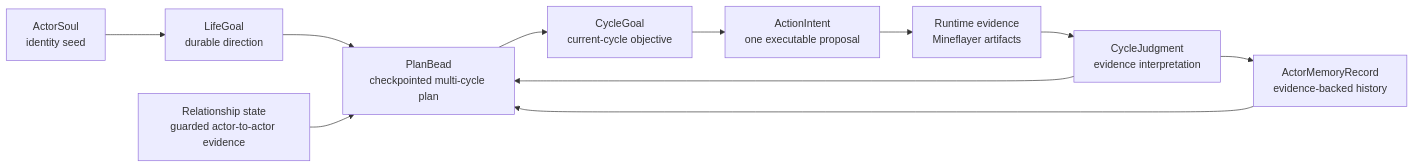
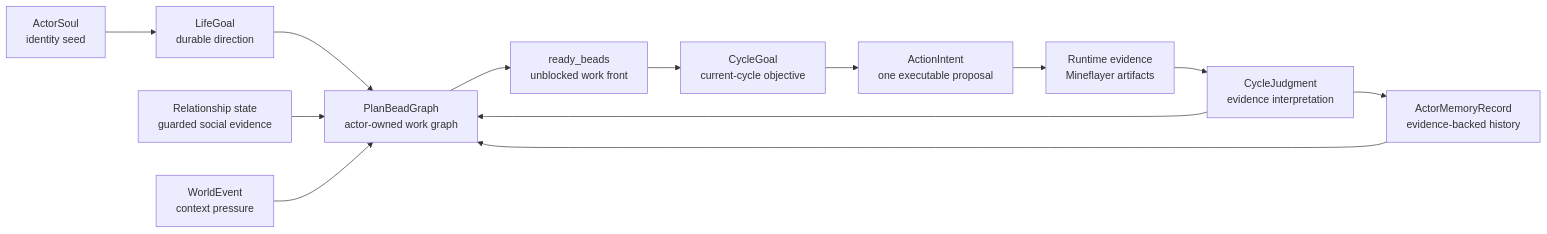
Before and after one commit to gigio1023/minecraft-llm-agent-community: the diagram in docs/blog-doc/Architecture/Actor-Persistent-State-And-PlanBeads.md, drawn with Mermaid. The commit also changed other lines of this file and 8 other files, not shown here.

Commit message:
Align PlanBeads with issue graph model

````diff
--- a/docs/blog-doc/Architecture/Actor-Persistent-State-And-PlanBeads.md
+++ b/docs/blog-doc/Architecture/Actor-Persistent-State-And-PlanBeads.md
@@ -65,13 +127,15 @@
 ```mermaid
 flowchart LR
   Soul["ActorSoul<br/>identity seed"] --> Life["LifeGoal<br/>durable direction"]
-  Life --> Bead["PlanBead<br/>checkpointed multi-cycle plan"]
-  Memory["ActorMemoryRecord<br/>evidence-backed history"] --> Bead
-  Relationship["Relationship state<br/>guarded actor-to-actor evidence"] --> Bead
-  Bead --> Cycle["CycleGoal<br/>current-cycle objective"]
+  Life --> Graph["PlanBeadGraph<br/>actor-owned work graph"]
+  Memory["ActorMemoryRecord<br/>evidence-backed history"] --> Graph
+  Relationship["Relationship state<br/>guarded social evidence"] --> Graph
+  WorldEvent["WorldEvent<br/>context pressure"] --> Graph
+  Graph --> Ready["ready_beads<br/>unblocked work front"]
+  Ready --> Cycle["CycleGoal<br/>current-cycle objective"]
   Cycle --> Intent["ActionIntent<br/>one executable proposal"]
   Intent --> Evidence["Runtime evidence<br/>Mineflayer artifacts"]
   Evidence --> Judgment["CycleJudgment<br/>evidence interpretation"]
   Judgment --> Memory
-  Judgment --> Bead
+  Judgment --> Graph
 ```
````
